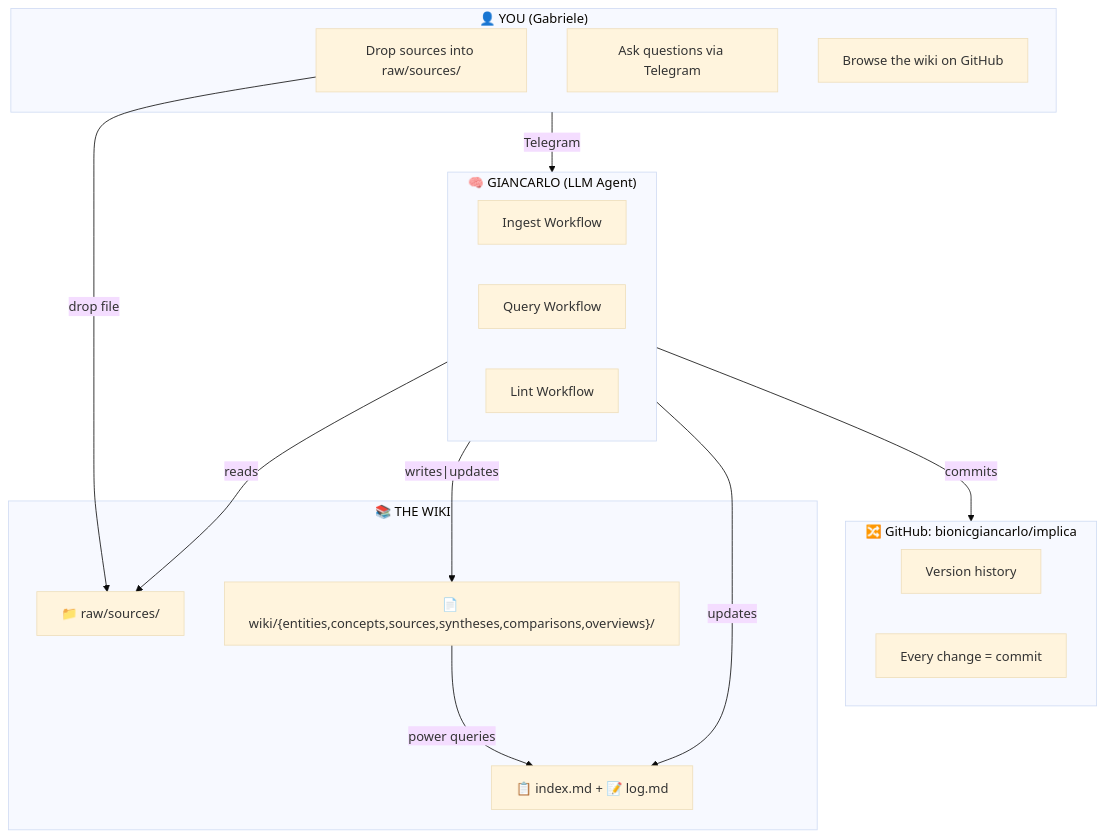
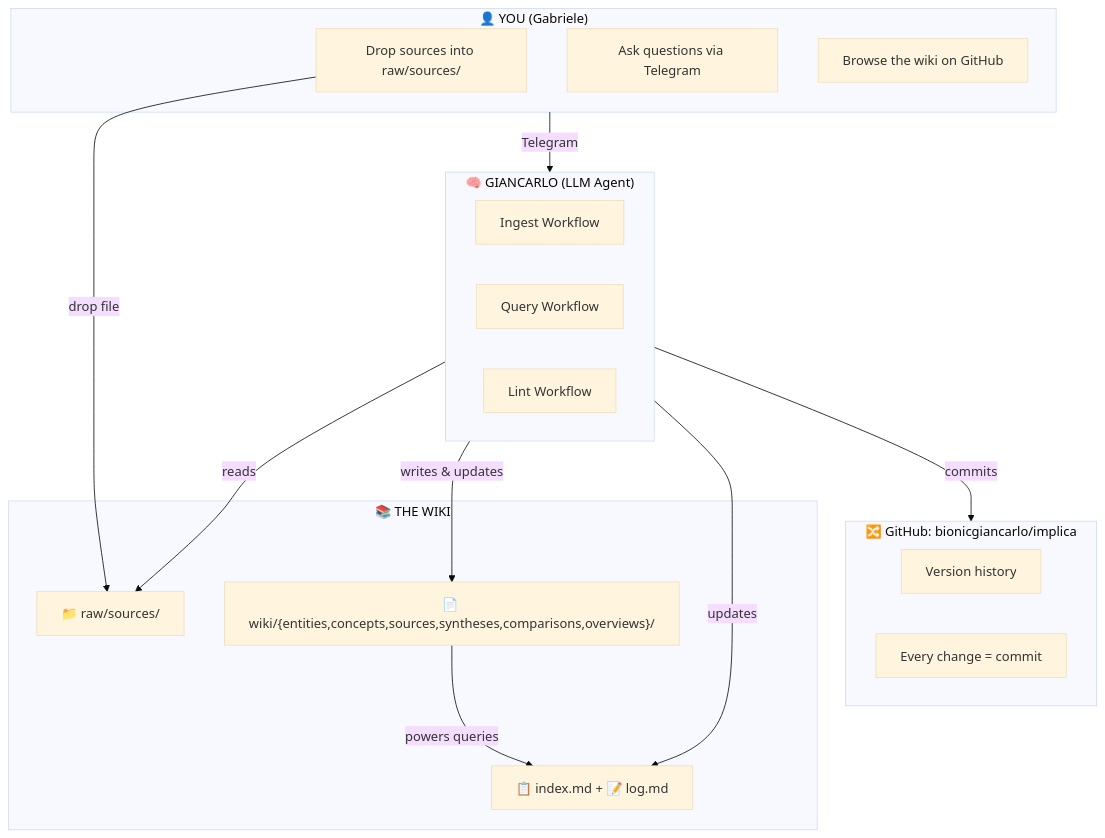
One commit to bionicgiancarlo/implica changed the diagram in README.md. Above: the diagram before and after it, drawn with Mermaid (base theme). The commit also changed other lines of this file and 10 other files, not shown here.

Commit message:
Reset wiki - cleared starter data, fixed diagram

````diff
--- a/README.md
+++ b/README.md
@@ -11,34 +11,34 @@
 ```mermaid
 flowchart TB
     subgraph USER["👤 YOU (Gabriele)"]
         U1["Drop sources into raw/sources/"]
         U2["Ask questions via Telegram"]
         U3["Browse the wiki on GitHub"]
     end
 
     subgraph AGENT["🧠 GIANCARLO (LLM Agent)"]
         A1["Ingest Workflow"]
         A2["Query Workflow"]
         A3["Lint Workflow"]
     end
 
     USER -->|"Telegram"| AGENT
     U1 -->|"drop file"| RAW
 
     subgraph WIKI["📚 THE WIKI"]
         RAW["📁 raw/sources/"] 
         PAGES["📄 wiki/{entities,concepts,sources,syntheses,comparisons,overviews}/"]
         NAV["📋 index.md + 📝 log.md"]
     end
 
     AGENT -->|"reads"| RAW
-    AGENT -->|"writes|updates"| PAGES
+    AGENT -->|"writes & updates"| PAGES
     AGENT -->|"updates"| NAV
     AGENT -->|"commits"| REPO
-    PAGES -->|"power queries"| NAV
+    PAGES -->|"powers queries"| NAV
 
     subgraph REPO["🔀 GitHub: bionicgiancarlo/implica"]
         R1["Version history"]
         R2["Every change = commit"]
     end
 ```
````
